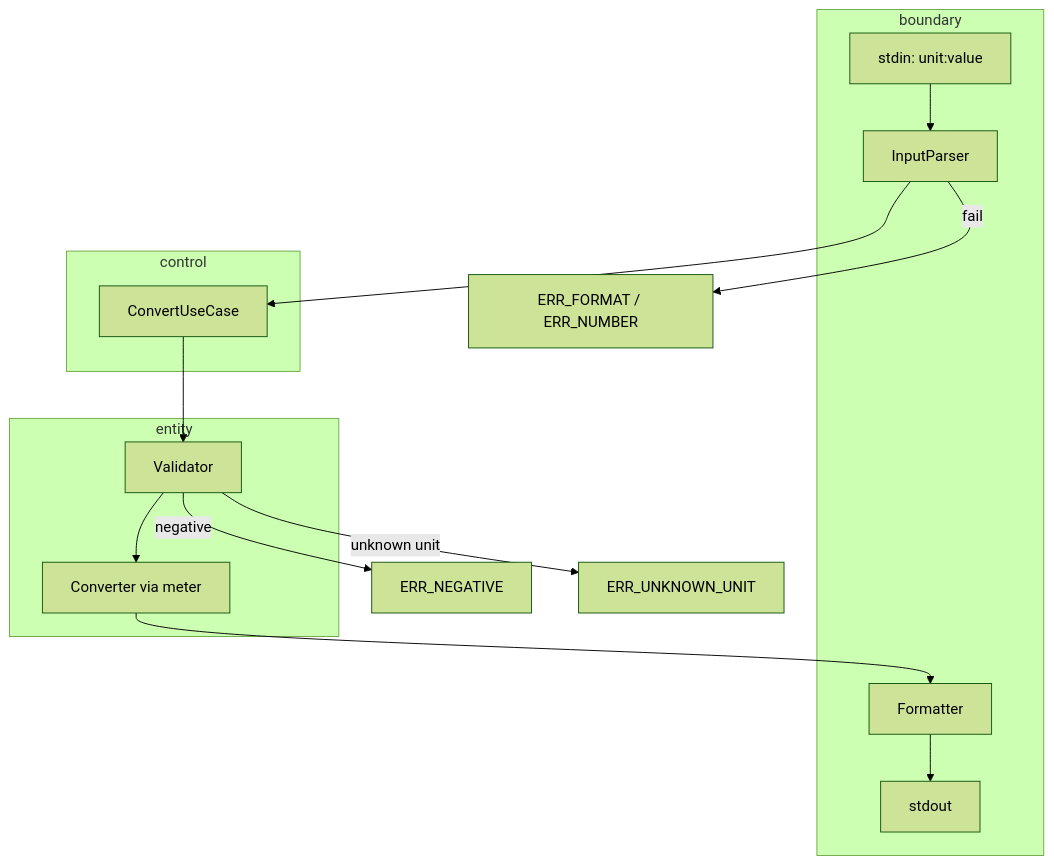
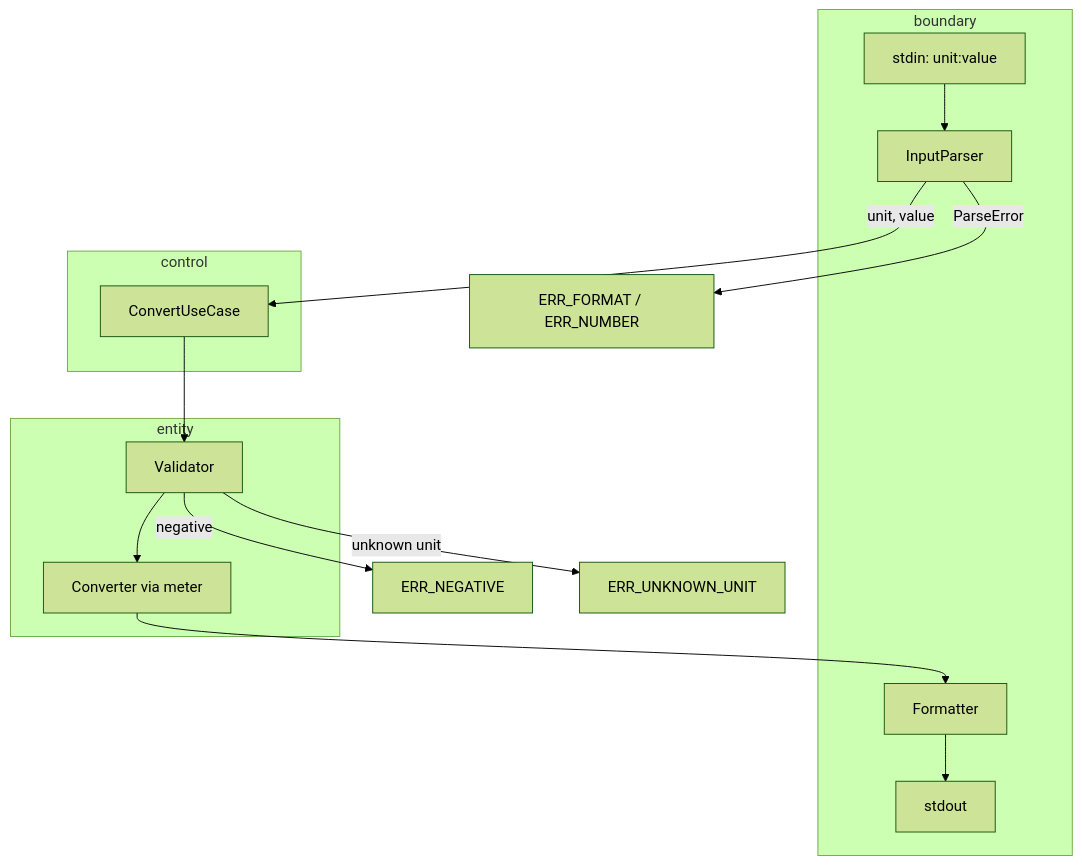
The diagram in docs/spec/03-functional-spec.md (mrjini/UnitConverter_14), drawn with Mermaid (forest theme) before and after one commit. The commit also changed other lines of this file and 20 other files, not shown here.

````diff
--- a/docs/spec/03-functional-spec.md
+++ b/docs/spec/03-functional-spec.md
@@ -105,25 +103,25 @@
 ```mermaid
 flowchart TD
     subgraph boundary
         A[stdin: unit:value]
         B[InputParser]
         F[Formatter]
         G[stdout]
     end
     subgraph control
         UC[ConvertUseCase]
     end
     subgraph entity
         C[Validator]
         D[Converter via meter]
     end
     A --> B
-    B -->|fail| E1[ERR_FORMAT / ERR_NUMBER]
-    B --> UC
+    B -->|ParseError| E1[ERR_FORMAT / ERR_NUMBER]
+    B -->|unit, value| UC
     UC --> C
     C -->|negative| E2[ERR_NEGATIVE]
     C -->|unknown unit| E3[ERR_UNKNOWN_UNIT]
     C --> D
     D --> F
     F --> G
 ```
````
